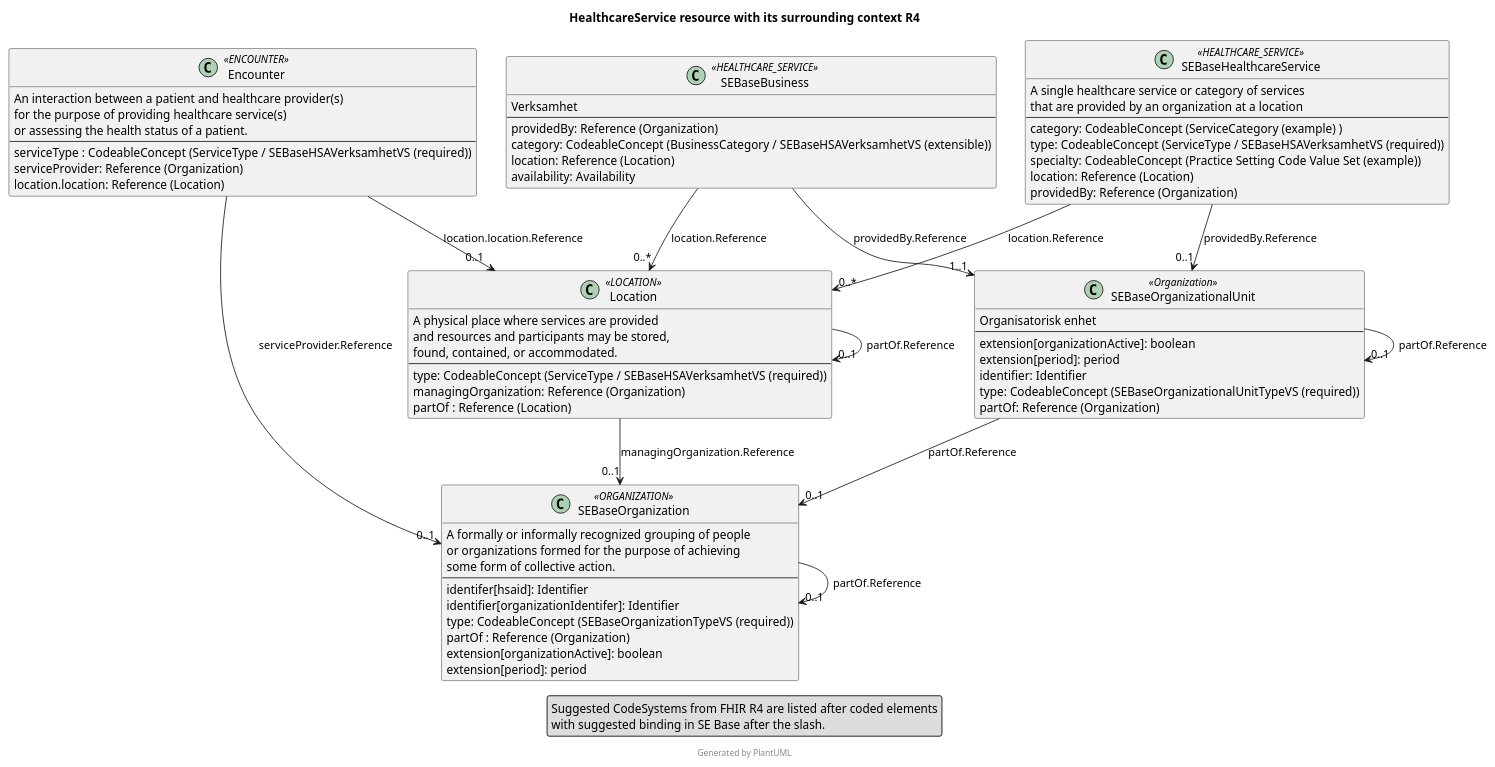
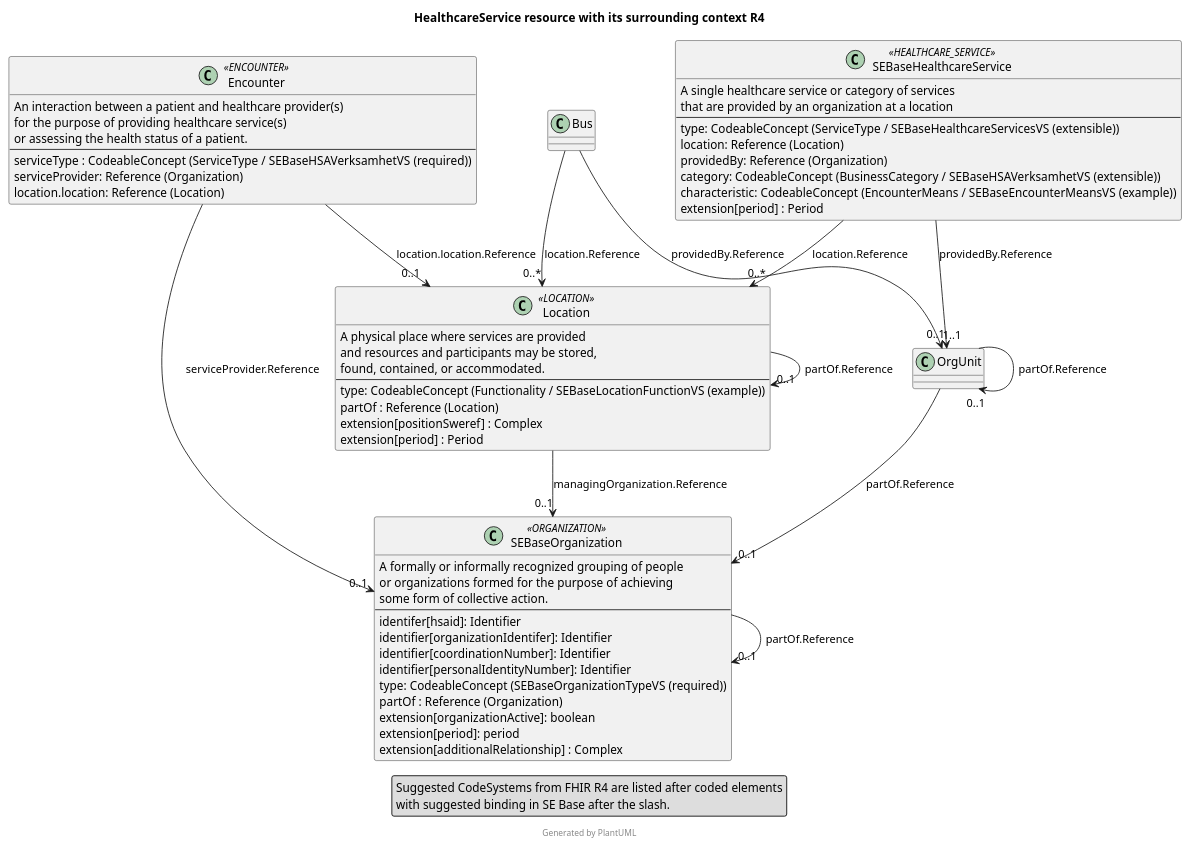
One commit to extjulianne/basprofiler-r4 changed the diagram in input/images-source/SEBaseHealthcareService.plantuml. Above: the diagram before and after it, drawn with PlantUML. The commit also changed 1 other file, not shown here.

Commit message:
Add healthcareservice period extension and update plantuml

```diff
--- a/input/images-source/SEBaseHealthcareService.plantuml
+++ b/input/images-source/SEBaseHealthcareService.plantuml
@@ -1,90 +1,80 @@
 @startuml 
 title "HealthcareService resource with its surrounding context R4"
 skinparam classAttributeIconSize 0
 skinparam roundcorner 5
 
 class "Encounter" as Enc <<ENCOUNTER>> {
     An interaction between a patient and healthcare provider(s)
     for the purpose of providing healthcare service(s)
     or assessing the health status of a patient.
     ---
     serviceType : CodeableConcept (ServiceType / SEBaseHSAVerksamhetVS (required))
     serviceProvider: Reference (Organization)
     location.location: Reference (Location)
 }
 
 
 class "SEBaseOrganization" as Org <<ORGANIZATION>> {
     A formally or informally recognized grouping of people
     or organizations formed for the purpose of achieving 
     some form of collective action.
     ---
     identifer[hsaid]: Identifier 
     identifier[organizationIdentifer]: Identifier
+    identifier[coordinationNumber]: Identifier
+    identifier[personalIdentityNumber]: Identifier
     type: CodeableConcept (SEBaseOrganizationTypeVS (required)) 
     partOf : Reference (Organization)
     extension[organizationActive]: boolean
     extension[period]: period
+    extension[additionalRelationship] : Complex
 }
 
 class "SEBaseHealthcareService" as HSvc <<HEALTHCARE_SERVICE>> {
     A single healthcare service or category of services
     that are provided by an organization at a location
     ---
-    category: CodeableConcept (ServiceCategory (example) )
-    type: CodeableConcept (ServiceType / SEBaseHSAVerksamhetVS (required))
-    specialty: CodeableConcept (Practice Setting Code Value Set (example)) 
+    type: CodeableConcept (ServiceType / SEBaseHealthcareServicesVS (extensible))
     location: Reference (Location)
     providedBy: Reference (Organization)
+    category: CodeableConcept (BusinessCategory / SEBaseHSAVerksamhetVS (extensible))
+    characteristic: CodeableConcept (EncounterMeans / SEBaseEncounterMeansVS (example))
+    extension[period] : Period
 }
 
 class "Location" as Loc <<LOCATION>> {
     A physical place where services are provided 
     and resources and participants may be stored, 
     found, contained, or accommodated.
     ---
-    type: CodeableConcept (ServiceType / SEBaseHSAVerksamhetVS (required))
-    managingOrganization: Reference (Organization)
+    type: CodeableConcept (Functionality / SEBaseLocationFunctionVS (example))
     partOf : Reference (Location)
+    extension[positionSweref] : Complex
+    extension[period] : Period
 }
 
-class "SEBaseBusiness" as Bus <<HEALTHCARE_SERVICE>> {
-    Verksamhet
-    ---
-    providedBy: Reference (Organization)
-    category: CodeableConcept (BusinessCategory / SEBaseHSAVerksamhetVS (extensible))
-    location: Reference (Location)
-    availability: Availability
-}
 
-class "SEBaseOrganizationalUnit" as OrgUnit <<Organization>> {
-    Organisatorisk enhet
-    ---
-    extension[organizationActive]: boolean
-    extension[period]: period
-    identifier: Identifier
-    type: CodeableConcept (SEBaseOrganizationalUnitTypeVS (required))
-    partOf: Reference (Organization)
-}
+
+
 
 
 Enc --> "0..1" Org : "serviceProvider.Reference"
 HSvc --> "0..1" OrgUnit : "providedBy.Reference"
 Org --> "0..1" Org : "partOf.Reference"
 HSvc --> "0..*" Loc : "location.Reference"
 Enc --> "0..1" Loc : "location.location.Reference"
 Loc --> "0..1" Org : "managingOrganization.Reference"
 Loc --> "0..1" Loc : "partOf.Reference"
 Bus --> "1..1" OrgUnit : "providedBy.Reference"
 OrgUnit --> "0..1" OrgUnit : "partOf.Reference"
 OrgUnit --> "0..1" Org : "partOf.Reference"
 Bus --> "0..*" Loc : "location.Reference"
 
 footer Generated by PlantUML
 
 legend
   Suggested CodeSystems from FHIR R4 are listed after coded elements
   with suggested binding in SE Base after the slash.
 end legend
 
 @enduml
```
